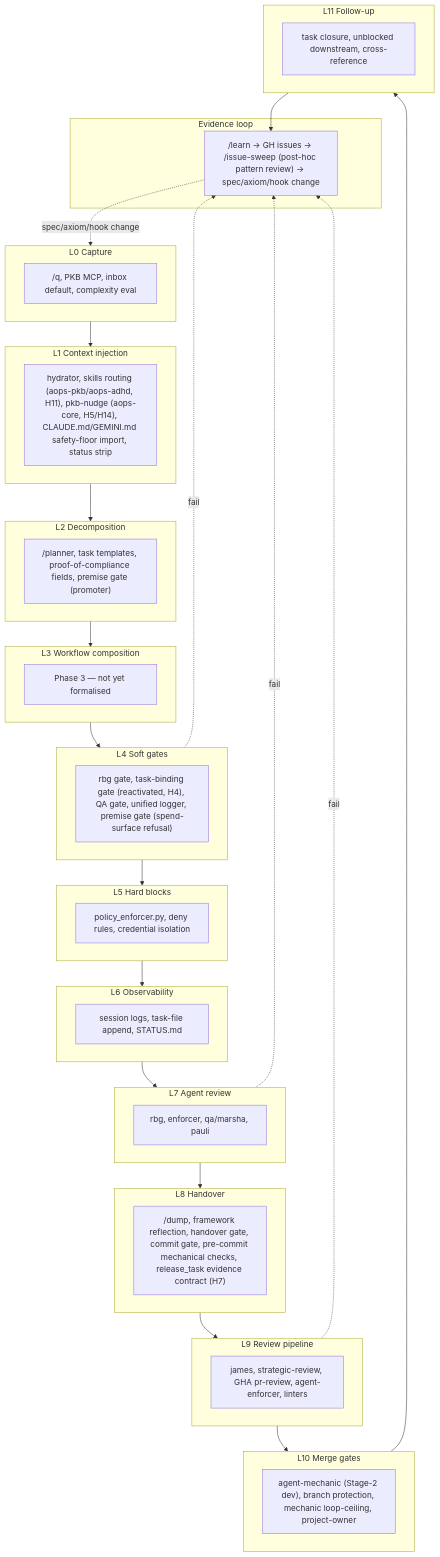
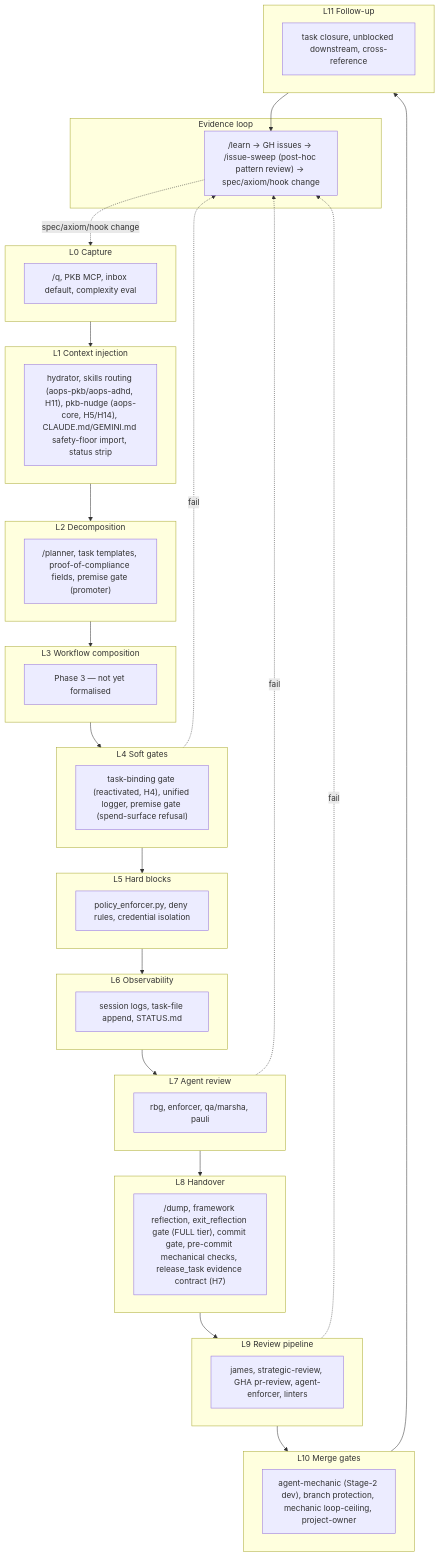
One commit to nicsuzor/academicOps changed the diagram in specs/enforcement/enforcement.md. Above: the diagram before and after it, drawn with Mermaid. The commit also changed other lines of this file and 71 other files, not shown here.

First line of the commit message:
feat(gates): consolidate exit-reflection Stop gate, retire turn-based rbg counter

````diff
--- a/specs/enforcement/enforcement.md
+++ b/specs/enforcement/enforcement.md
@@ -36,48 +36,48 @@
 ```mermaid
 flowchart TD
   subgraph L0[L0 Capture]
     Q["/q, PKB MCP, inbox default, complexity eval"]
   end
   subgraph L1[L1 Context injection]
     HYD["hydrator, skills routing (aops-pkb/aops-adhd, H11), pkb-nudge (aops-core, H5/H14), CLAUDE.md/GEMINI.md safety-floor import, status strip"]
   end
   subgraph L2[L2 Decomposition]
     DEC["/planner, task templates, proof-of-compliance fields, premise gate (promoter)"]
   end
   subgraph L3[L3 Workflow composition]
     WF["Phase 3 — not yet formalised"]
   end
   subgraph L4[L4 Soft gates]
-    GATES["rbg gate, task-binding gate (reactivated, H4), QA gate, unified logger, premise gate (spend-surface refusal)"]
+    GATES["task-binding gate (reactivated, H4), unified logger, premise gate (spend-surface refusal)"]
   end
   subgraph L5[L5 Hard blocks]
     HARD["policy_enforcer.py, deny rules, credential isolation"]
   end
   subgraph L6[L6 Observability]
     LOGS["session logs, task-file append, STATUS.md"]
   end
   subgraph L7[L7 Agent review]
     AGENTS["rbg, enforcer, qa/marsha, pauli"]
   end
   subgraph L8[L8 Handover]
-    HAND["/dump, framework reflection, handover gate, commit gate, pre-commit mechanical checks, release_task evidence contract (H7)"]
+    HAND["/dump, framework reflection, exit_reflection gate (FULL tier), commit gate, pre-commit mechanical checks, release_task evidence contract (H7)"]
   end
   subgraph L9[L9 Review pipeline]
     REV["james, strategic-review, GHA pr-review, agent-enforcer, linters"]
   end
   subgraph L10[L10 Merge gates]
     MERGE["agent-mechanic (Stage-2 dev), branch protection, mechanic loop-ceiling, project-owner"]
   end
   subgraph L11[L11 Follow-up]
     FUP["task closure, unblocked downstream, cross-reference"]
   end
   subgraph EV[Evidence loop]
     LEARN["/learn → GH issues → /issue-sweep (post-hoc pattern review) → spec/axiom/hook change"]
   end
   L0 --> L1 --> L2 --> L3 --> L4 --> L5 --> L6 --> L7 --> L8 --> L9 --> L10 --> L11
   L4 -. fail .-> LEARN
   L7 -. fail .-> LEARN
   L9 -. fail .-> LEARN
   L11 --> LEARN
   LEARN -. spec/axiom/hook change .-> L0
 ```
````
